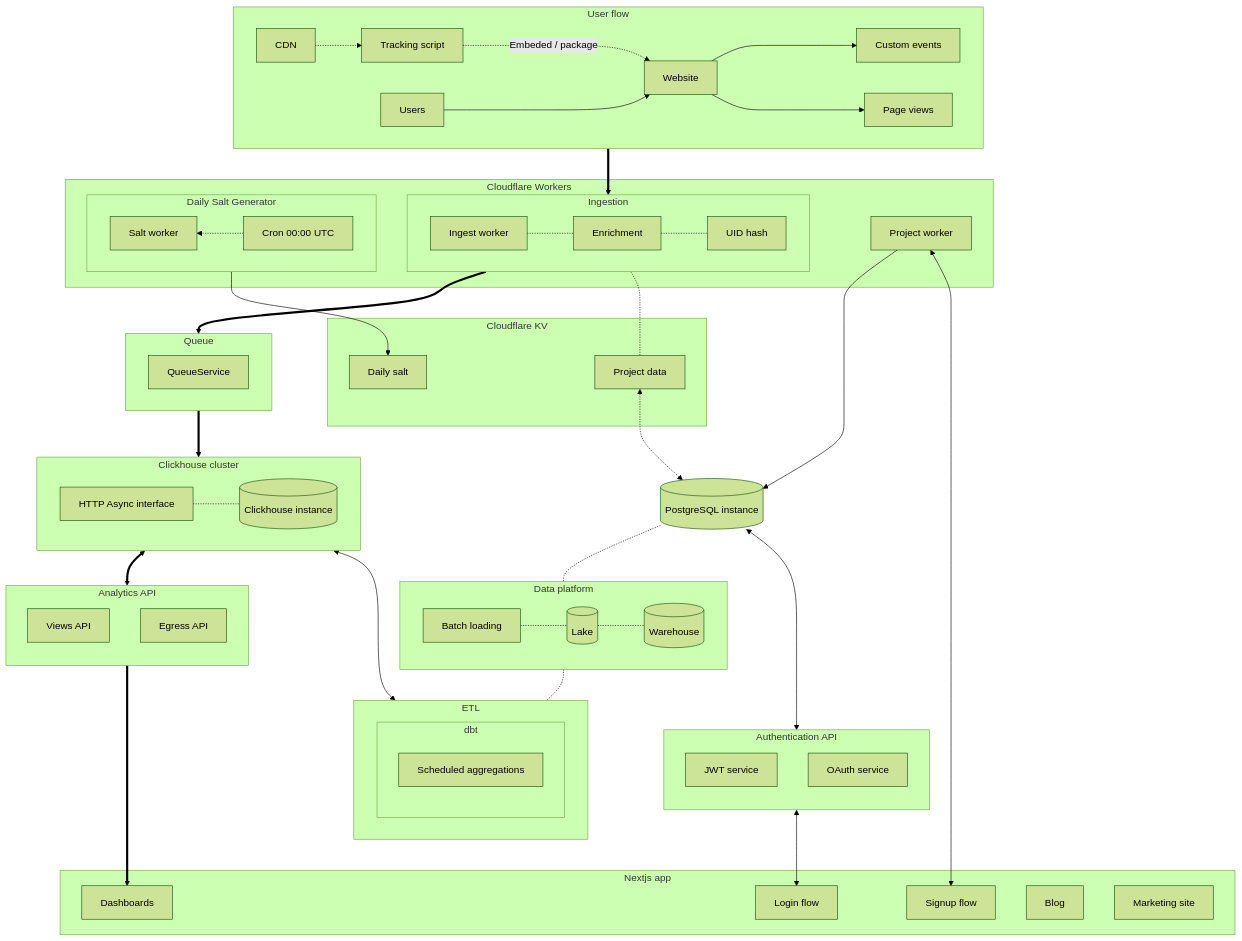
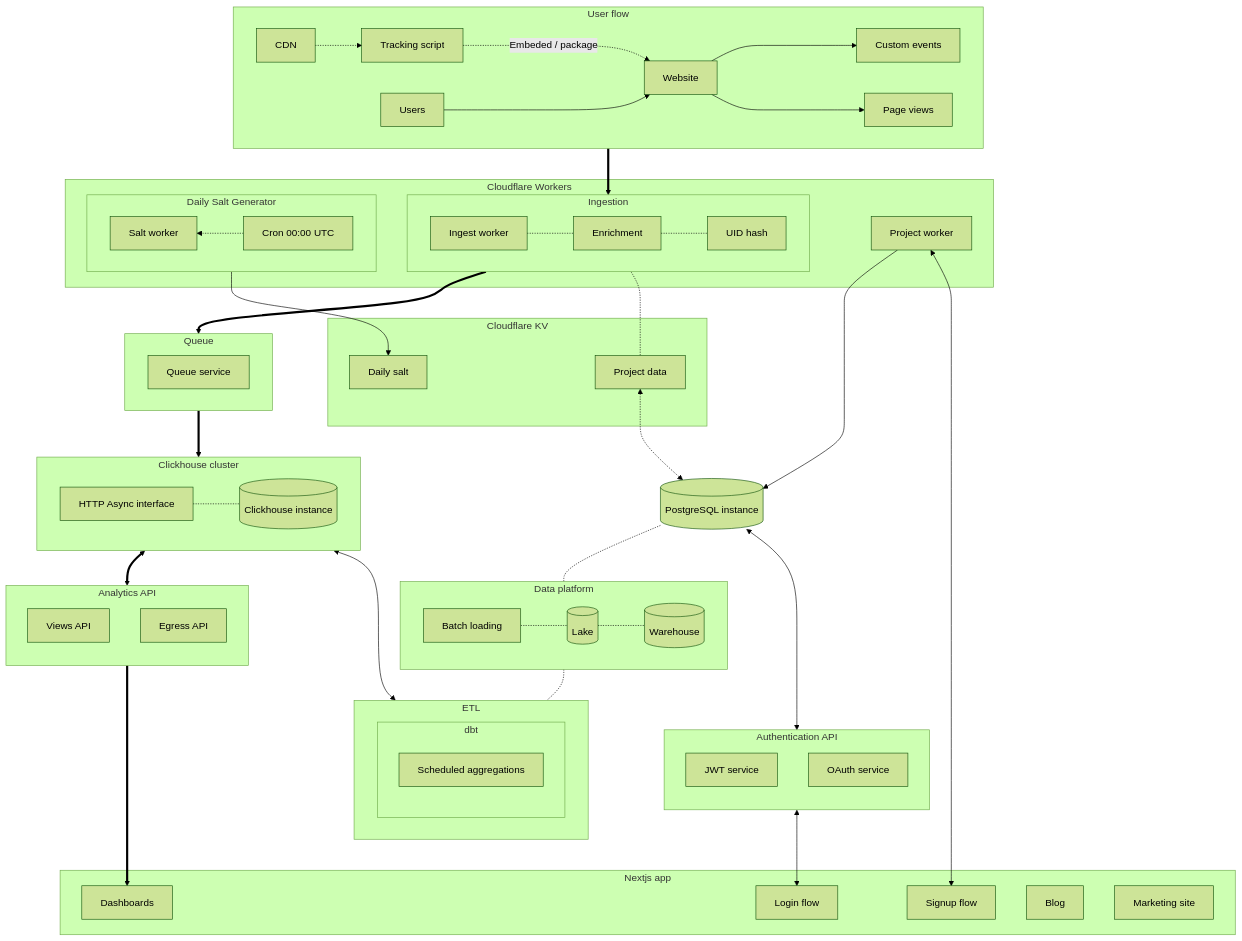
The first of 3 diagrams in docs/architecture.md (JGynther/analytics), drawn with Mermaid (forest theme) before and after one commit.

Commit message:
fix: QueueService -> Queue service

```diff
--- a/docs/architecture.md
+++ b/docs/architecture.md
@@ -60,7 +60,7 @@
     project <-.-> dbapi
 
     subgraph queue[Queue]
-        QueueService
+        queueservice[Queue service]
     end
     queue ==> clickhouse
 
```
